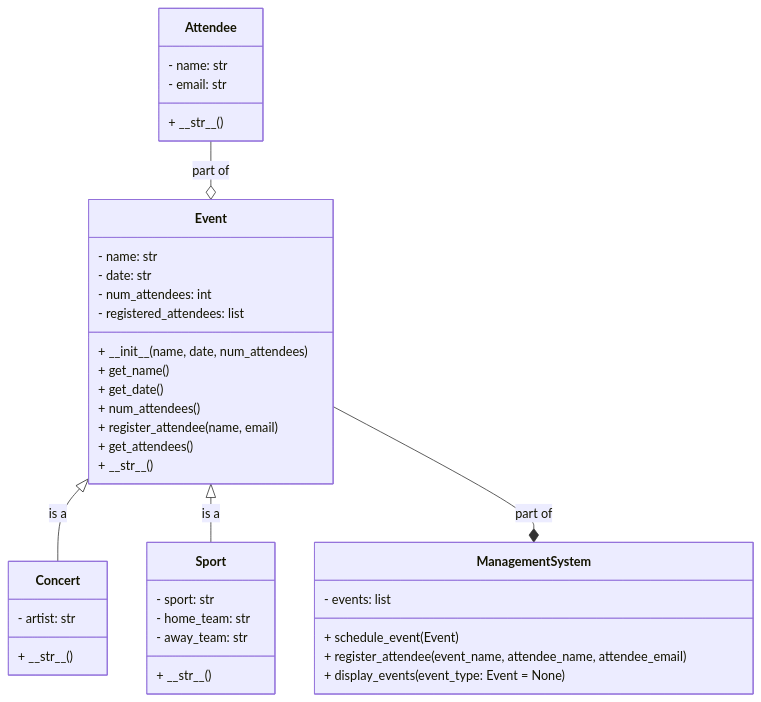
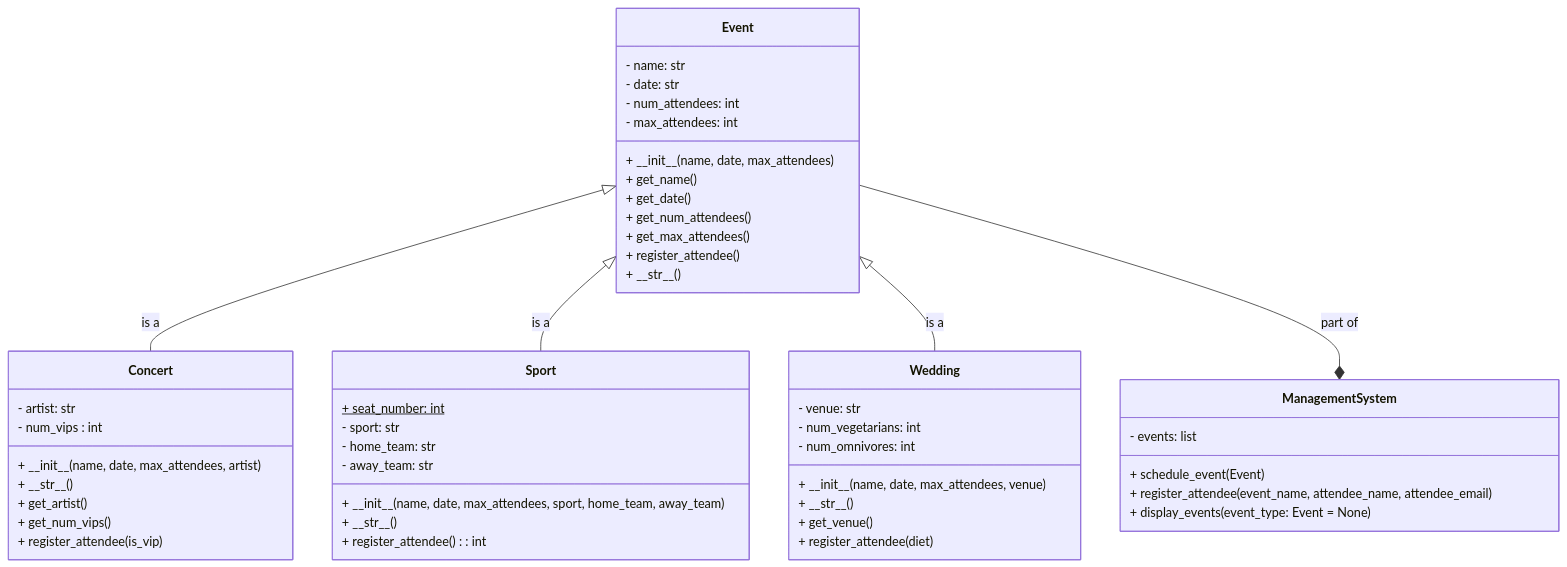
The diagram in content/new_syllabus/unit_03_oop/06_inheritance/_index.md (isf-dp-cs/isf-dp-cs.github.io), drawn with Mermaid before and after one commit. The commit also changed other lines of this file, not shown here.

Commit message:
add examples, more definitions, add testing section, more details in implementing uml section

```diff
--- a/content/new_syllabus/unit_03_oop/06_inheritance/_index.md
+++ b/content/new_syllabus/unit_03_oop/06_inheritance/_index.md
@@ -44,50 +79,62 @@
 {{< mermaid >}}
 
 classDiagram
     class Event {
         - name: str
         - date: str
         - num_attendees: int
-        - registered_attendees: list
-        + \_\_init__(name, date, num_attendees)
+        - max_attendees: int
+        + \_\_init__(name, date, max_attendees)
         + get_name()
         + get_date()
-        + num_attendees()
-        + register_attendee(name, email)
-        + get_attendees()
+        + get_num_attendees()
+        + get_max_attendees()
+        + register_attendee()
         + \_\_str__()
     }
 
     class Concert {
         - artist: str
+        - num_vips : int
+        + \_\_init__(name, date, max_attendees, artist)
         + \_\_str__()
+        + get_artist()
+        + get_num_vips()
+        + register_attendee(is_vip)
     }
 
     class Sport {
+        + seat_number: int$
         - sport: str
         - home_team: str
         - away_team: str
+        + \_\_init__(name, date, max_attendees, sport, home_team, away_team)
         + \_\_str__()
+        + register_attendee(): int
     }
 
-    class Attendee {
-        - name: str
-        - email: str
+    class Wedding {
+        - venue: str
+        - num_vegetarians: int
+        - num_omnivores: int
+        + \_\_init__(name, date, max_attendees, venue)
         + \_\_str__()
+        + get_venue()
+        + register_attendee(diet)
     }
 
     class ManagementSystem{
         - events: list
         + schedule_event(Event)
         + register_attendee(event_name, attendee_name, attendee_email)
         + display_events(event_type: Event = None)
     }
 
    
     Event <|-- Concert: is a
     Event <|-- Sport: is a
-    Attendee --o Event : part of
+    Event <|-- Wedding: is a
     Event --* ManagementSystem: part of
 
 
 {{< /mermaid >}}
```
